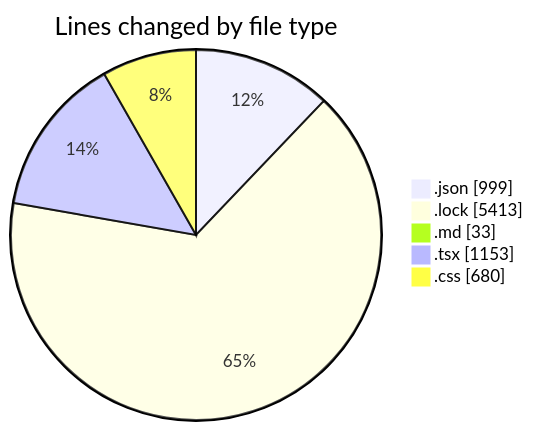
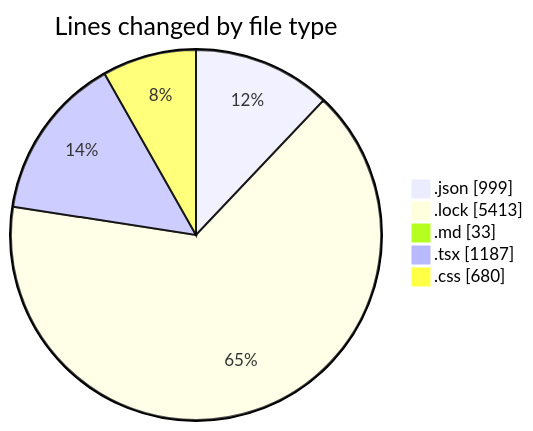
One commit to EIIisD/code-tracking changed the first of 2 diagrams in 2025-08-11/ribbon/README.md. Above: the diagram before and after it, drawn with Mermaid. The commit also changed other lines of this file and 1 other file, not shown here.

````diff
--- a/2025-08-11/ribbon/README.md
+++ b/2025-08-11/ribbon/README.md
@@ -39,9 +40,9 @@
 ```mermaid
 pie showData
 title Lines changed by file type
 ".json" : 999
 ".lock" : 5413
 ".md" : 33
-".tsx" : 1153
+".tsx" : 1187
 ".css" : 680
 ```
````
